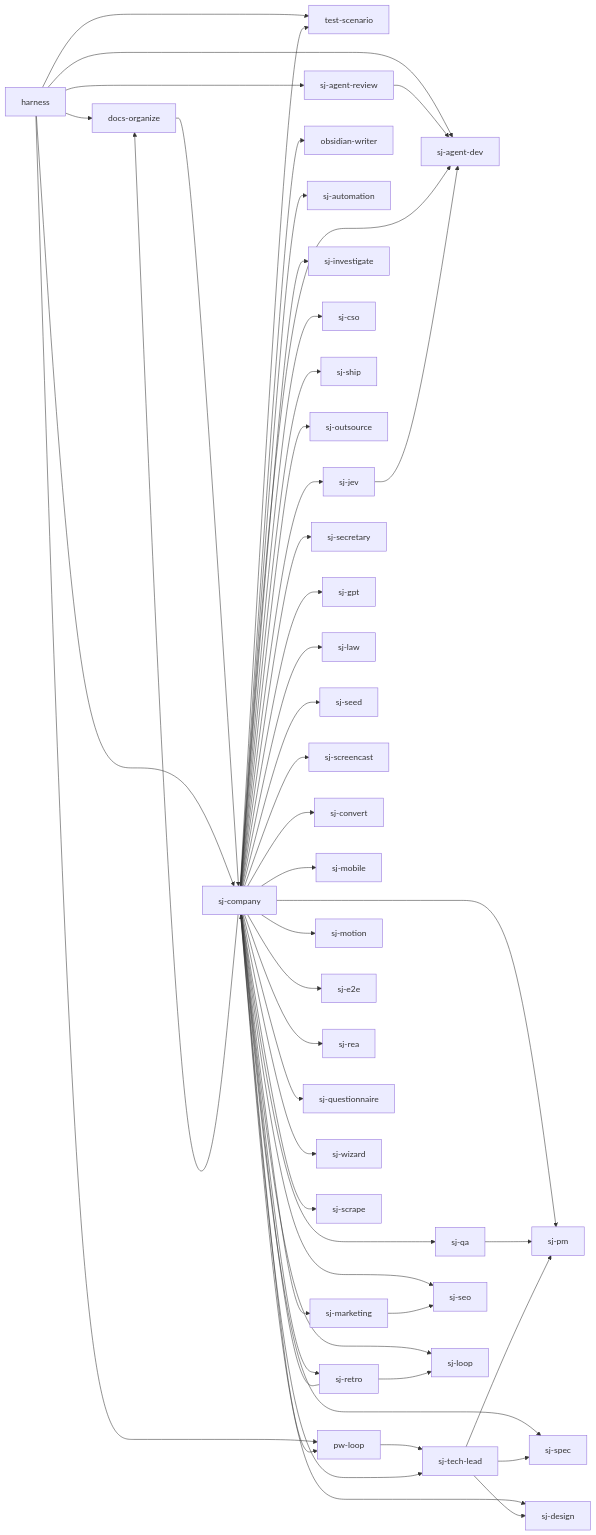
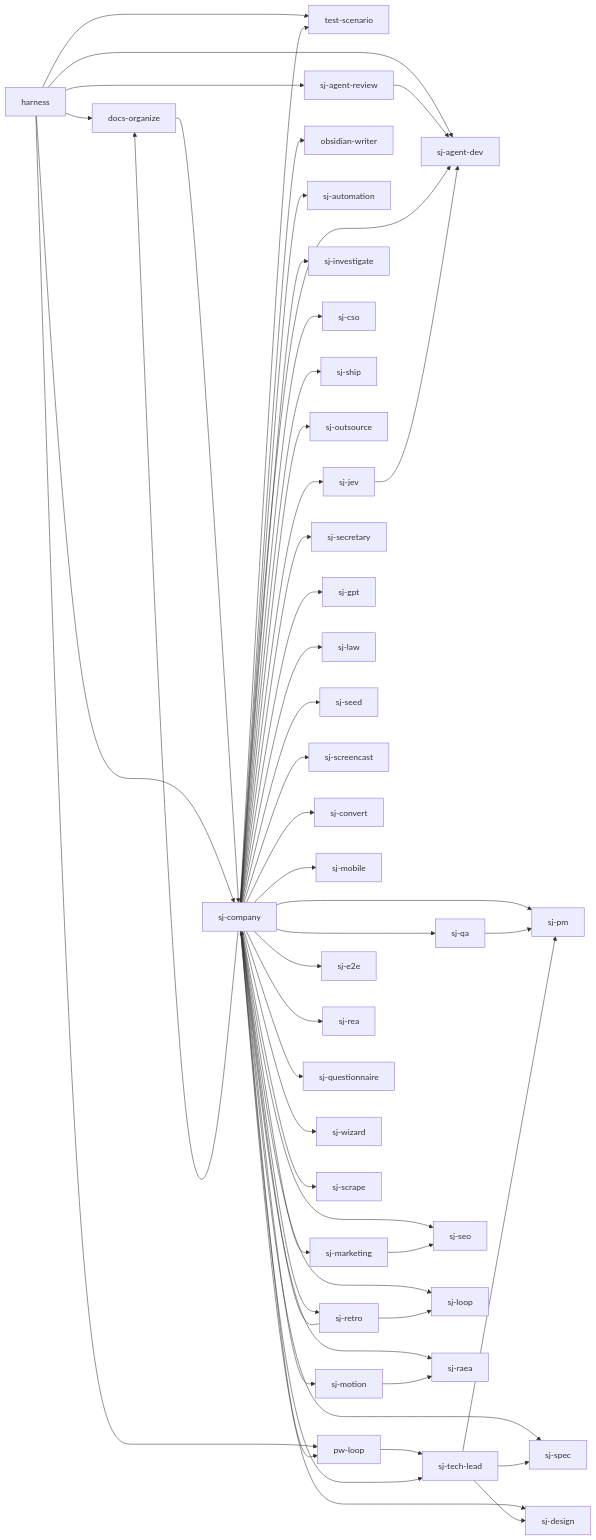
Before and after one commit to s0613/S-skills: the diagram in docs/FEATURE-MAP.md, drawn with Mermaid. The commit also changed other lines of this file and 15 other files, not shown here.

````diff
--- a/docs/FEATURE-MAP.md
+++ b/docs/FEATURE-MAP.md
@@ -6,53 +6,55 @@
 ```mermaid
 flowchart LR
   F01[docs-organize] --> F08[sj-company]
   F02[harness] --> F01
   F02 --> F26[test-scenario]
   F02 --> F04[pw-loop]
   F02 --> F08
   F02 --> F06[sj-agent-review]
   F02 --> F05[sj-agent-dev]
   F04 --> F25[sj-tech-lead]
   F06 --> F05
   F08 --> F18[sj-pm]
   F08 --> F25
   F08 --> F19[sj-qa]
   F08 --> F03[obsidian-writer]
   F08 --> F07[sj-automation]
   F08 --> F22[sj-seo]
   F08 --> F16[sj-marketing]
   F08 --> F24[sj-spec]
   F08 --> F13[sj-investigate]
   F08 --> F05
   F08 --> F09[sj-cso]
   F08 --> F23[sj-ship]
   F08 --> F17[sj-outsource]
   F08 --> F20[sj-retro]
   F08 --> F10[sj-design]
   F08 --> F21[sj-secretary]
   F08 --> F26
   F08 --> F04
   F08 --> F01
   F08 --> F15[sj-loop]
   F08 --> F12[sj-gpt]
   F08 --> F14[sj-law]
   F08 --> F27[sj-seed]
   F08 --> F28[sj-screencast]
   F08 --> F29[sj-convert]
   F08 --> F32[sj-mobile]
   F08 --> F33[sj-jev]
   F33 --> F05
   F08 --> F34[sj-motion]
   F08 --> F35[sj-e2e]
   F08 --> F36[sj-rea]
   F08 --> F37[sj-questionnaire]
   F08 --> F38[sj-wizard]
   F08 --> F40[sj-scrape]
+  F08 --> F41[sj-raea]
+  F34 --> F41
   F16 --> F22
   F19 --> F18
   F20 --> F08
   F20 --> F15
   F25 --> F18
   F25 --> F24
   F25 --> F10
 ```
````
